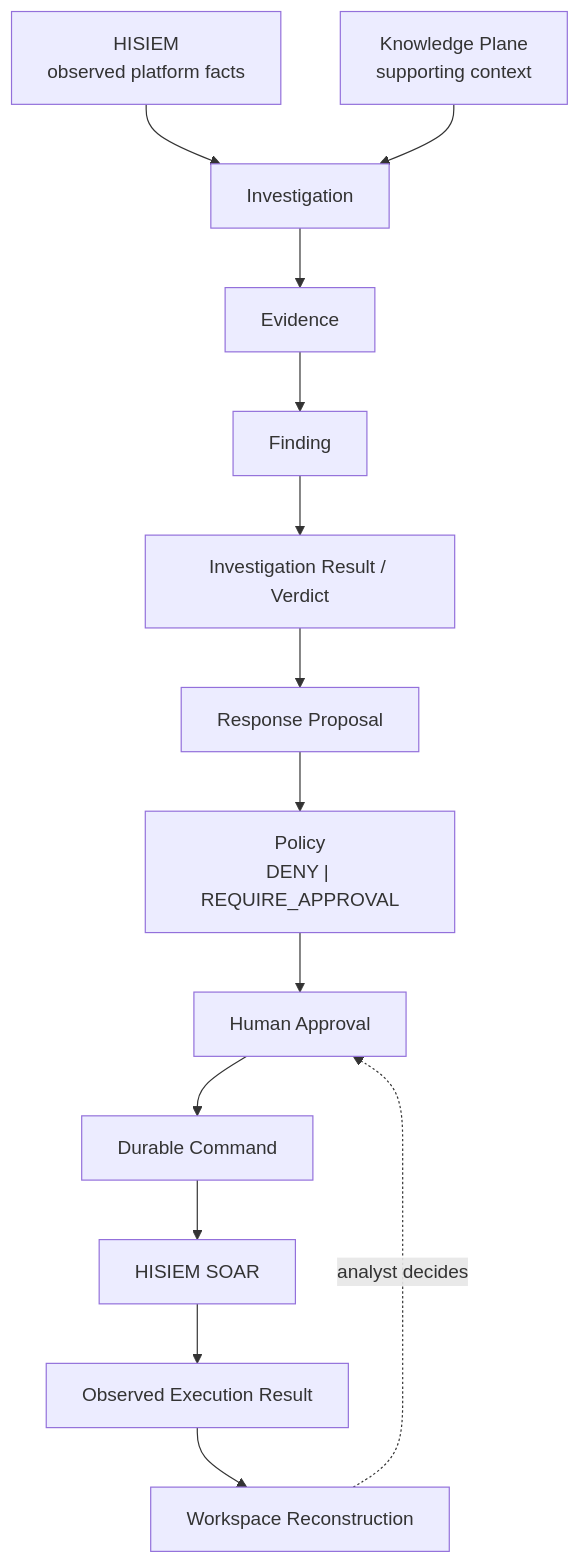
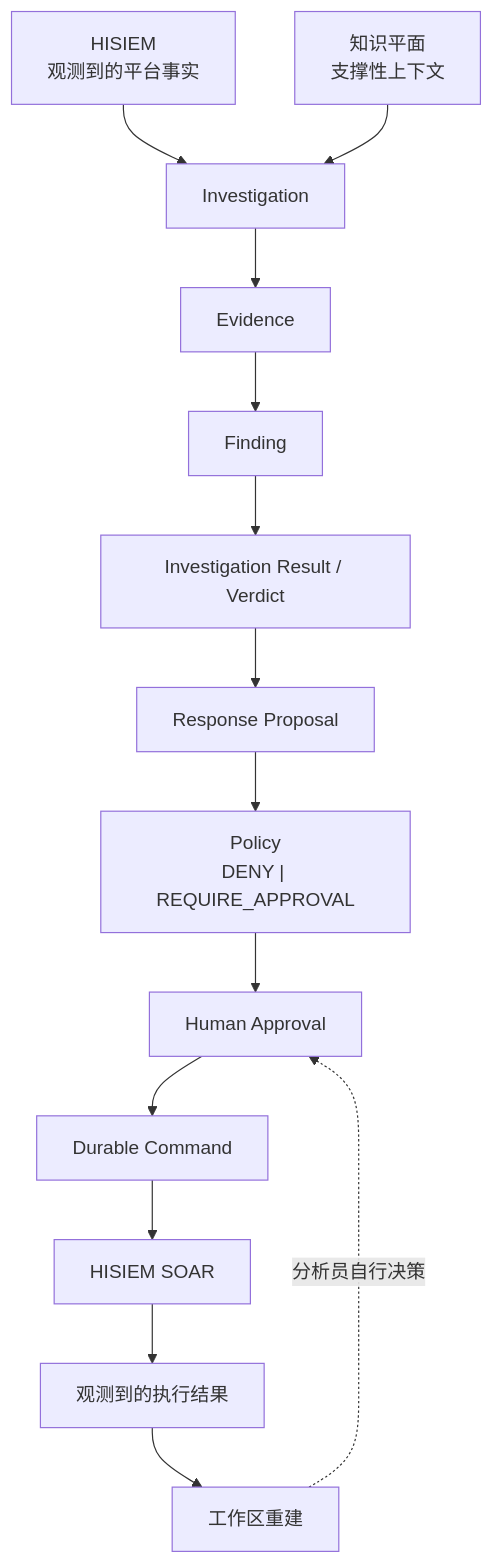
One commit to xsc683/HISIEM-SOC-Copilot changed the first of 8 diagrams in docs/status/architecture-overview.md. Above: the diagram before and after it, drawn with Mermaid. The commit also changed other lines of this file, not shown here.

First line of the commit message:
docs(status): translate architecture-overview.md to Chinese

````diff
--- a/docs/status/architecture-overview.md
+++ b/docs/status/architecture-overview.md
@@ -23,30 +22,30 @@
 ```mermaid
 flowchart TD
-    HISIEM["HISIEM<br/>observed platform facts"]
-    KNOW["Knowledge Plane<br/>supporting context"]
+    HISIEM["HISIEM<br/>观测到的平台事实"]
+    KNOW["知识平面<br/>支撑性上下文"]
     INV["Investigation"]
     EVID["Evidence"]
     FIND["Finding"]
     RESULT["Investigation Result / Verdict"]
     PROP["Response Proposal"]
     POL["Policy<br/>DENY | REQUIRE_APPROVAL"]
     HUM["Human Approval"]
     CMD["Durable Command"]
     SOAR["HISIEM SOAR"]
-    OBS["Observed Execution Result"]
-    WS["Workspace Reconstruction"]
+    OBS["观测到的执行结果"]
+    WS["工作区重建"]
 
     HISIEM --> INV
     KNOW --> INV
     INV --> EVID
     EVID --> FIND
     FIND --> RESULT
     RESULT --> PROP
     PROP --> POL
     POL --> HUM
     HUM --> CMD
     CMD --> SOAR
     SOAR --> OBS
     OBS --> WS
-    WS -.->|"analyst decides"| HUM
+    WS -.->|"分析员自行决策"| HUM
 ```
````
